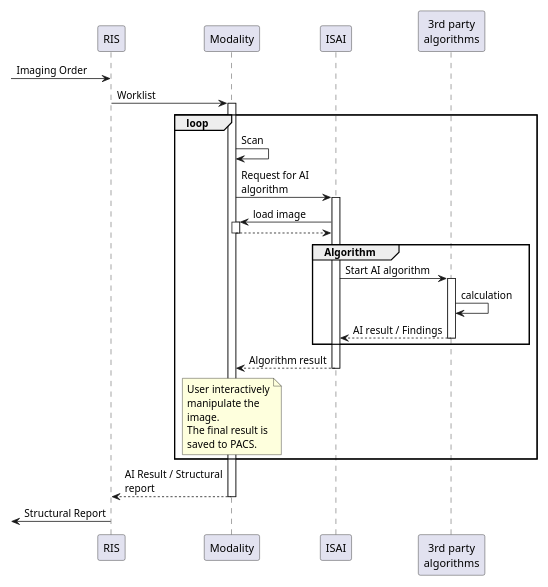
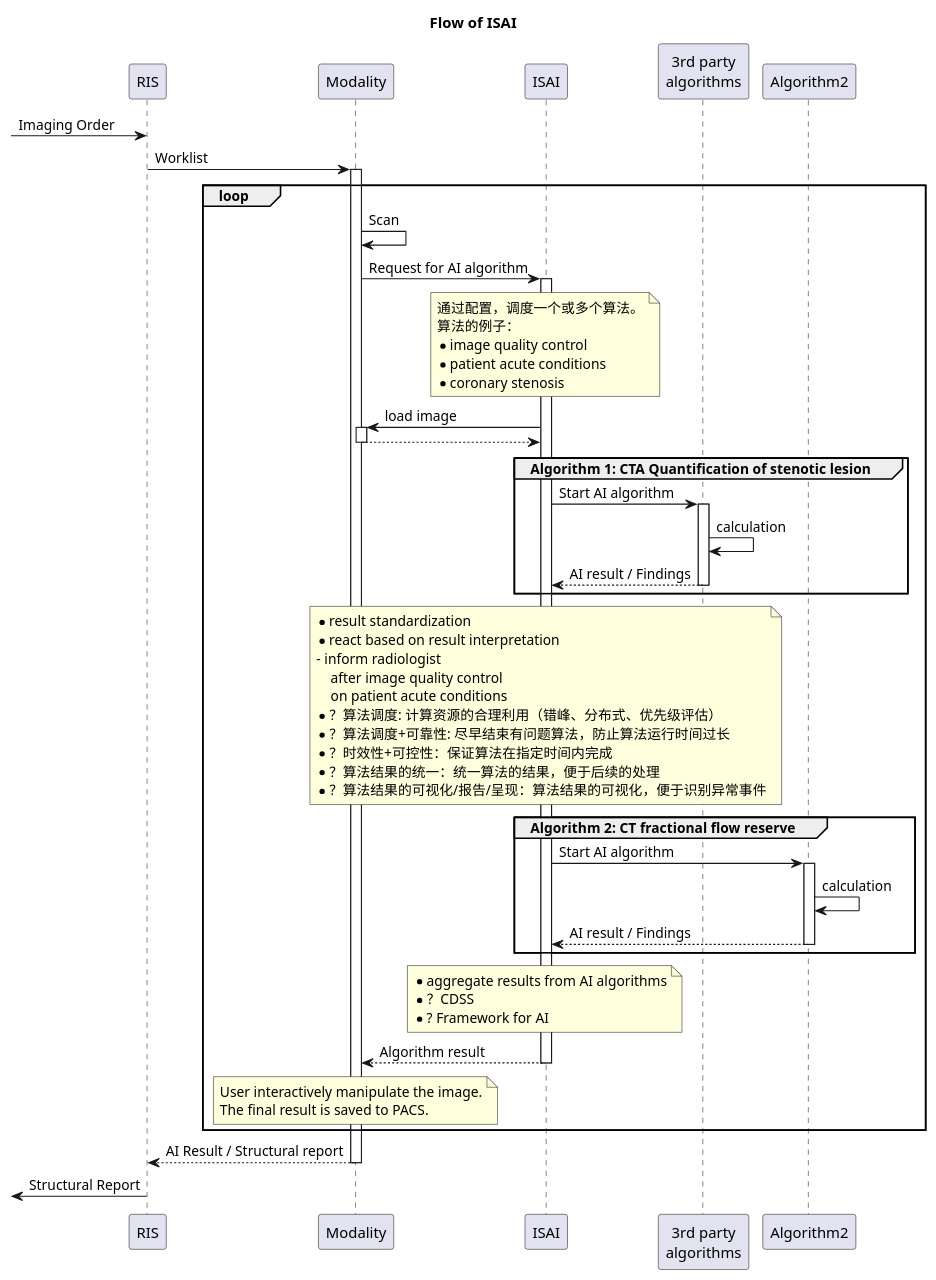
Before and after one commit to xmiao/AI.interoperability: the diagram in images-source/ISAI/uc5.plantuml, drawn with PlantUML. The commit also changed 5 other files, not shown here.

```diff
--- a/images-source/ISAI/uc5.plantuml
+++ b/images-source/ISAI/uc5.plantuml
@@ -1,34 +1,66 @@
 @startuml
-skinparam maxMessageSize 150
-scale 500 width
+title Flow of ISAI
+skinparam maxMessageSize 250
+'scale 000 width
 
 participant "RIS" as R
 participant "Modality" as M
 participant "ISAI" as I
 participant "3rd party\nalgorithms" as S
 
  -> R : Imaging Order
 R -> M++: Worklist
 loop
 M -> M: Scan
 M -> I++: Request for AI algorithm
+note over I
+通过配置，调度一个或多个算法。
+算法的例子：
+* image quality control
+* patient acute conditions
+* coronary stenosis
+end note
 I -> M++: load image
 return
-group Algorithm
+
+group Algorithm 1: CTA Quantification of stenotic lesion
 I -> S ++: Start AI algorithm
 S -> S: calculation
 return AI result / Findings
 end
+
+note over I
+* result standardization
+* react based on result interpretation
+- inform radiologist
+    after image quality control
+    on patient acute conditions
+* ？算法调度: 计算资源的合理利用（错峰、分布式、优先级评估）
+* ？算法调度+可靠性: 尽早结束有问题算法，防止算法运行时间过长
+* ？时效性+可控性：保证算法在指定时间内完成
+* ？算法结果的统一：统一算法的结果，便于后续的处理
+* ？算法结果的可视化/报告/呈现：算法结果的可视化，便于识别异常事件
+end note
+
+group Algorithm 2: CT fractional flow reserve
+I -> Algorithm2 ++: Start AI algorithm
+Algorithm2 -> Algorithm2: calculation
+return AI result / Findings
+end
+
+note over I
+* aggregate results from AI algorithms
+* ？CDSS
+* ? Framework for AI
+end note
+
 return Algorithm result
 note over M
-User interactively
-manipulate the
-image.
-The final result is
-saved to PACS.
+User interactively manipulate the image.
+The final result is saved to PACS.
 end note
 end
 return AI Result / Structural report
  <- R: Structural Report
 
 @enduml
```
